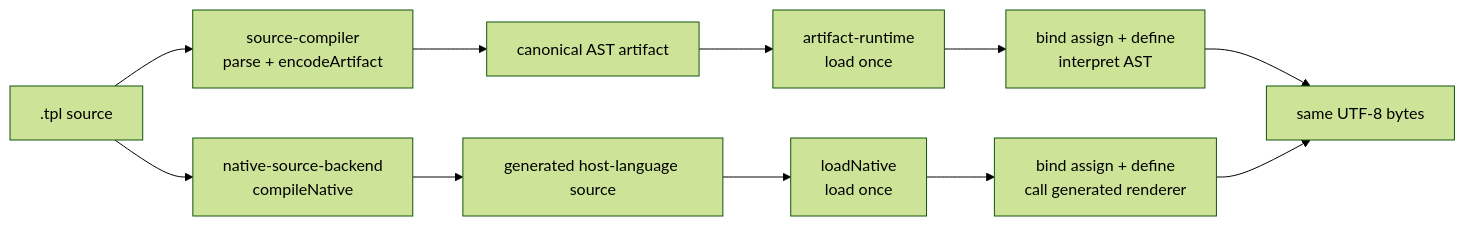
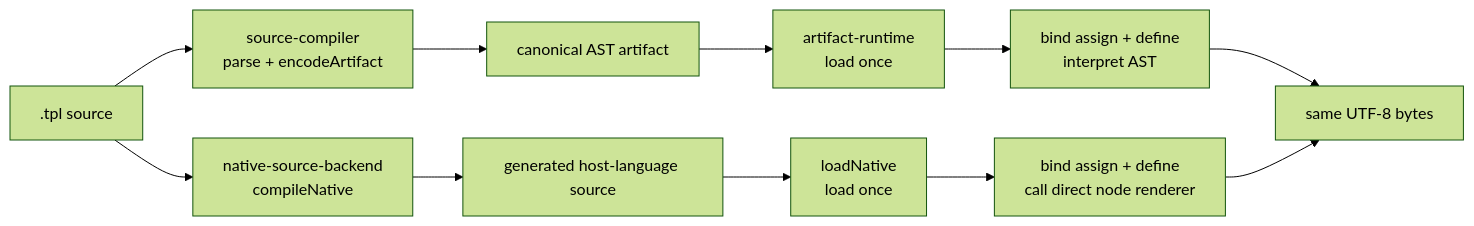
One commit to polyspec/template changed the diagram in tools/showcase/adapters/generated/execution-modes.mmd. Above: the diagram before and after it, drawn with Mermaid (forest theme). The commit also changed 24 other files, not shown here.

Commit message:
Add direct generated renderers and parity benchmark

```diff
--- a/tools/showcase/adapters/generated/execution-modes.mmd
+++ b/tools/showcase/adapters/generated/execution-modes.mmd
@@ -1,11 +1,11 @@
 flowchart LR
   Source[".tpl source"] --> ASTCompile["source-compiler<br/>parse + encodeArtifact"]
   ASTCompile --> ASTArtifact["canonical AST artifact"]
   ASTArtifact --> ASTLoad["artifact-runtime<br/>load once"]
   ASTLoad --> ASTRender["bind assign + define<br/>interpret AST"]
   Source --> NativeCompile["native-source-backend<br/>compileNative"]
   NativeCompile --> NativeArtifact["generated host-language source"]
   NativeArtifact --> NativeLoad["loadNative<br/>load once"]
-  NativeLoad --> NativeRender["bind assign + define<br/>call generated renderer"]
+  NativeLoad --> NativeRender["bind assign + define<br/>call direct node renderer"]
   ASTRender --> Bytes["same UTF-8 bytes"]
   NativeRender --> Bytes
```
